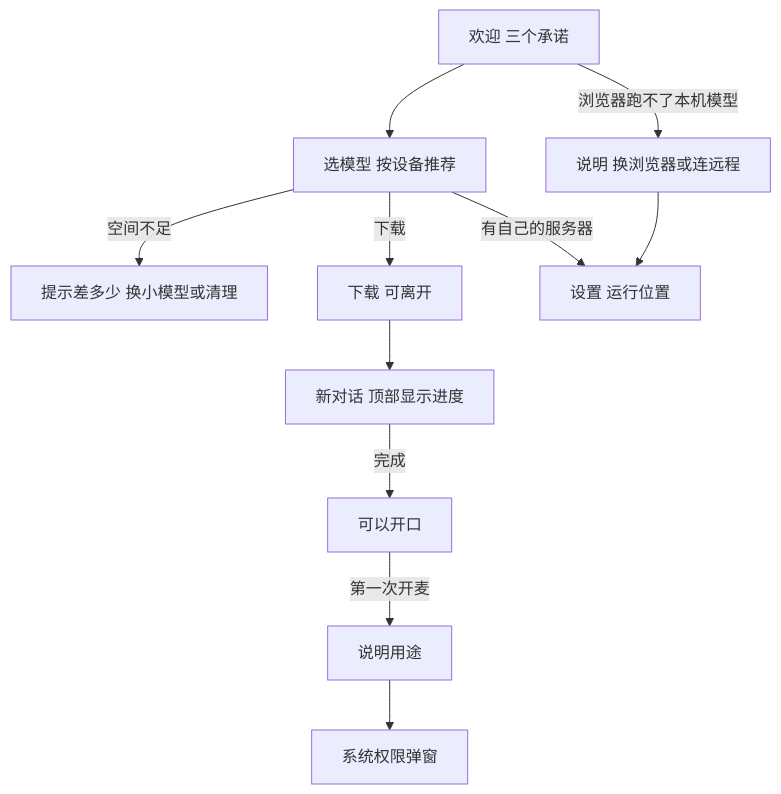
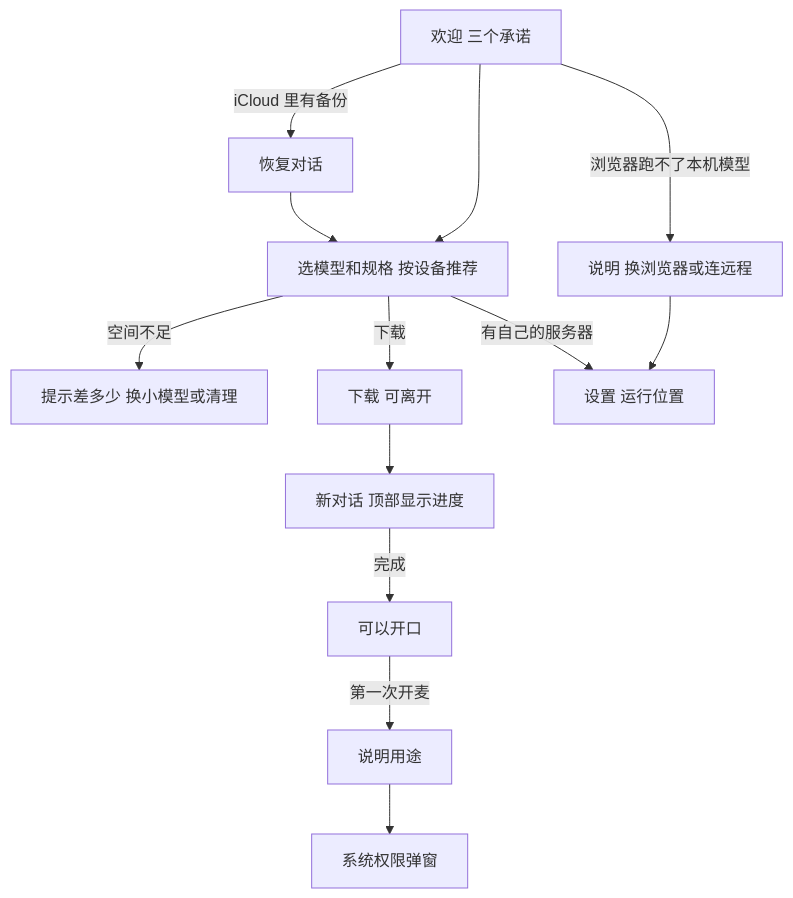
The third of 3 diagrams in docs/03-structure.md (IceblueSakura/minicpm-design), drawn with Mermaid before and after one commit. The commit also changed other lines of this file and 11 other files, not shown here.

````diff
--- a/docs/03-structure.md
+++ b/docs/03-structure.md
@@ -177,11 +210,12 @@
 ```mermaid
 flowchart TD
-  A[欢迎 三个承诺] --> B[选模型 按设备推荐]
+  A[欢迎 三个承诺] -->|iCloud 里有备份| A2[恢复对话] --> B
+  A --> B[选模型和规格 按设备推荐]
   B -->|空间不足| B2[提示差多少 换小模型或清理]
   B -->|下载| C[下载 可离开]
   B -->|有自己的服务器| R[设置 运行位置]
   A -->|浏览器跑不了本机模型| B3[说明 换浏览器或连远程] --> R
   C --> D[新对话 顶部显示进度]
   D -->|完成| E[可以开口]
   E -->|第一次开麦| F[说明用途] --> G[系统权限弹窗]
 ```
````
